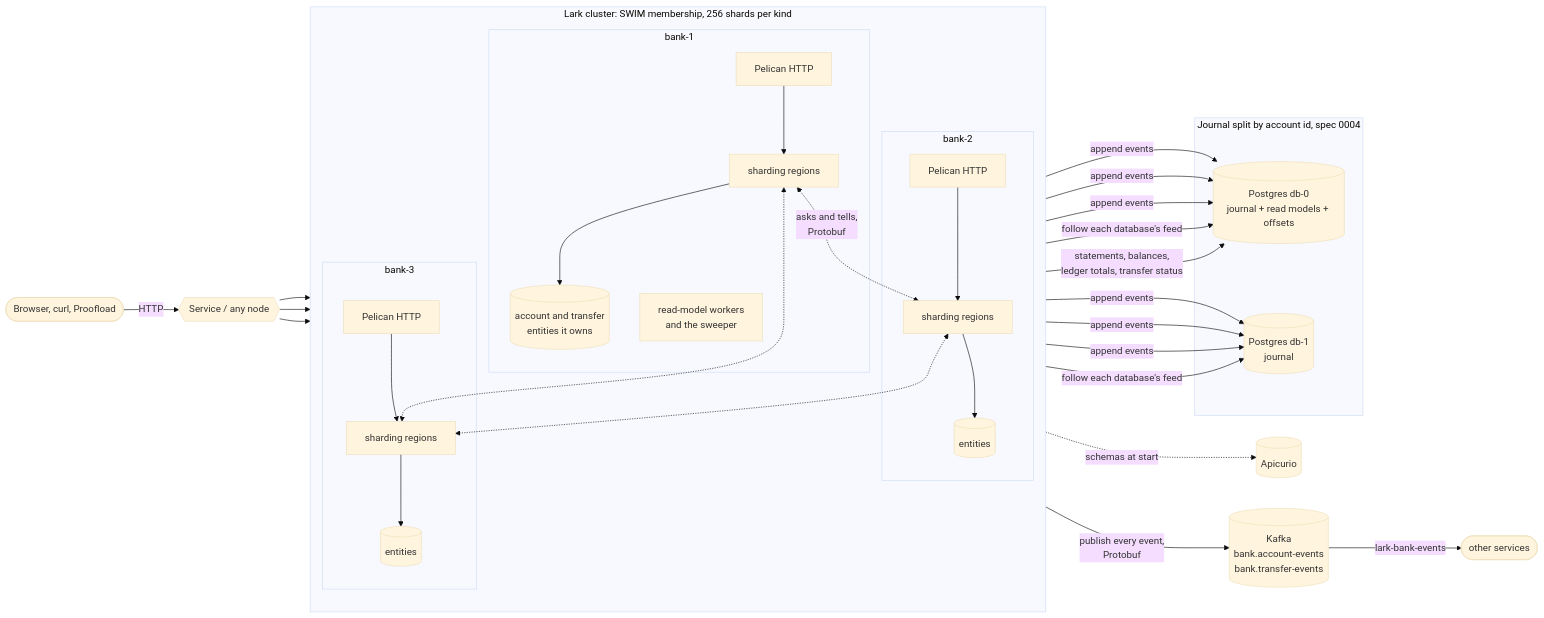
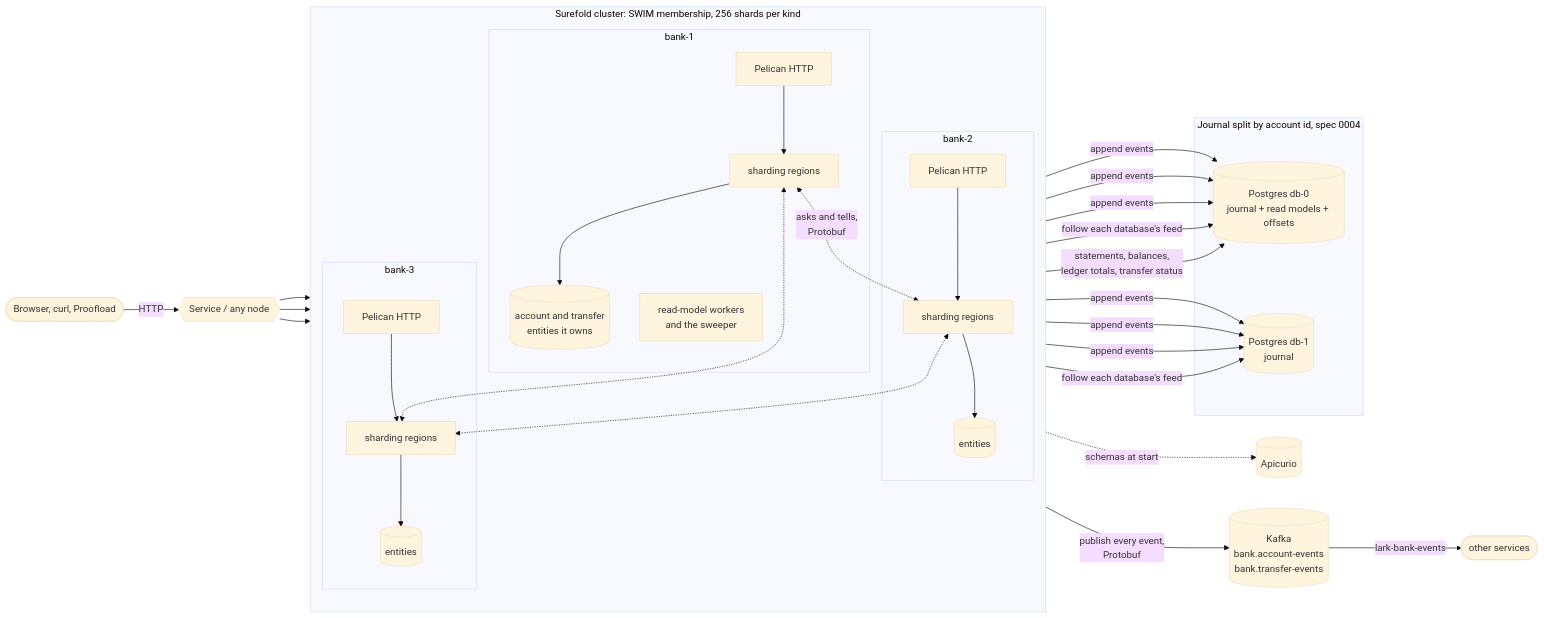
The first of 7 diagrams in lark-bank/docs/how-the-bank-works.md (matthewjones372/surefold-bank), drawn with Mermaid (base theme) before and after one commit. The commit also changed other lines of this file and 178 other files, not shown here.

First line of the commit message:
The bank builds on Surefold, as Lark is now named (#71)

````diff
--- a/lark-bank/docs/how-the-bank-works.md
+++ b/lark-bank/docs/how-the-bank-works.md
@@ -20,38 +20,38 @@
 ```mermaid
 flowchart LR
     client([Browser, curl, Proofload]) -->|HTTP| lb{{Service / any node}}
 
-    subgraph cluster[Lark cluster: SWIM membership, 256 shards per kind]
+    subgraph cluster[Surefold cluster: SWIM membership, 256 shards per kind]
         direction TB
         subgraph n1[bank-1]
             h1[Pelican HTTP] --> s1[sharding regions]
             s1 --> a1[(account and transfer<br/>entities it owns)]
             rm[read-model workers<br/>and the sweeper]
         end
         subgraph n2[bank-2]
             h2[Pelican HTTP] --> s2[sharding regions]
             s2 --> a2[(entities)]
         end
         subgraph n3[bank-3]
             h3[Pelican HTTP] --> s3[sharding regions]
             s3 --> a3[(entities)]
         end
         s1 <-.->|asks and tells,<br/>Protobuf| s2
         s2 <-.-> s3
         s1 <-.-> s3
     end
 
     lb --> h1 & h2 & h3
 
     subgraph journal[Journal split by account id, spec 0004]
         db0[(Postgres db-0<br/>journal + read models + offsets)]
         db1[(Postgres db-1<br/>journal)]
     end
 
     a1 & a2 & a3 -->|append events| db0 & db1
     rm -->|follow each database's feed| db0 & db1
     rm -->|statements, balances,<br/>ledger totals, transfer status| db0
     rm -->|publish every event,<br/>Protobuf| kafka[(Kafka<br/>bank.account-events<br/>bank.transfer-events)]
     rm -.->|schemas at start| apicurio[(Apicurio)]
     kafka -->|lark-bank-events| others([other services])
 ```
````
